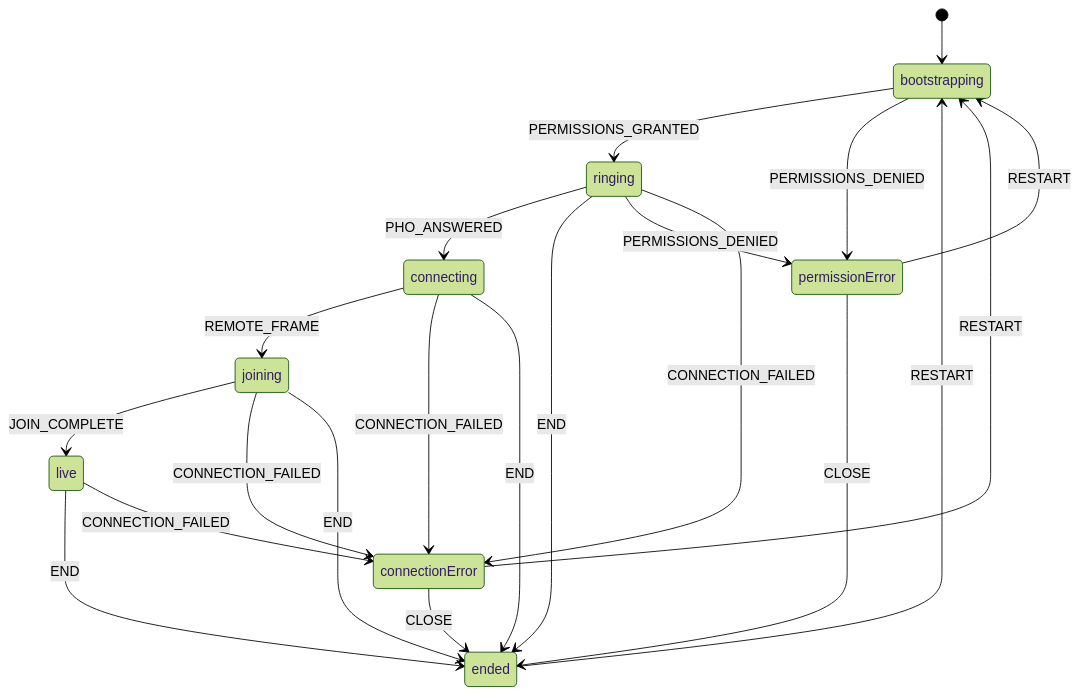
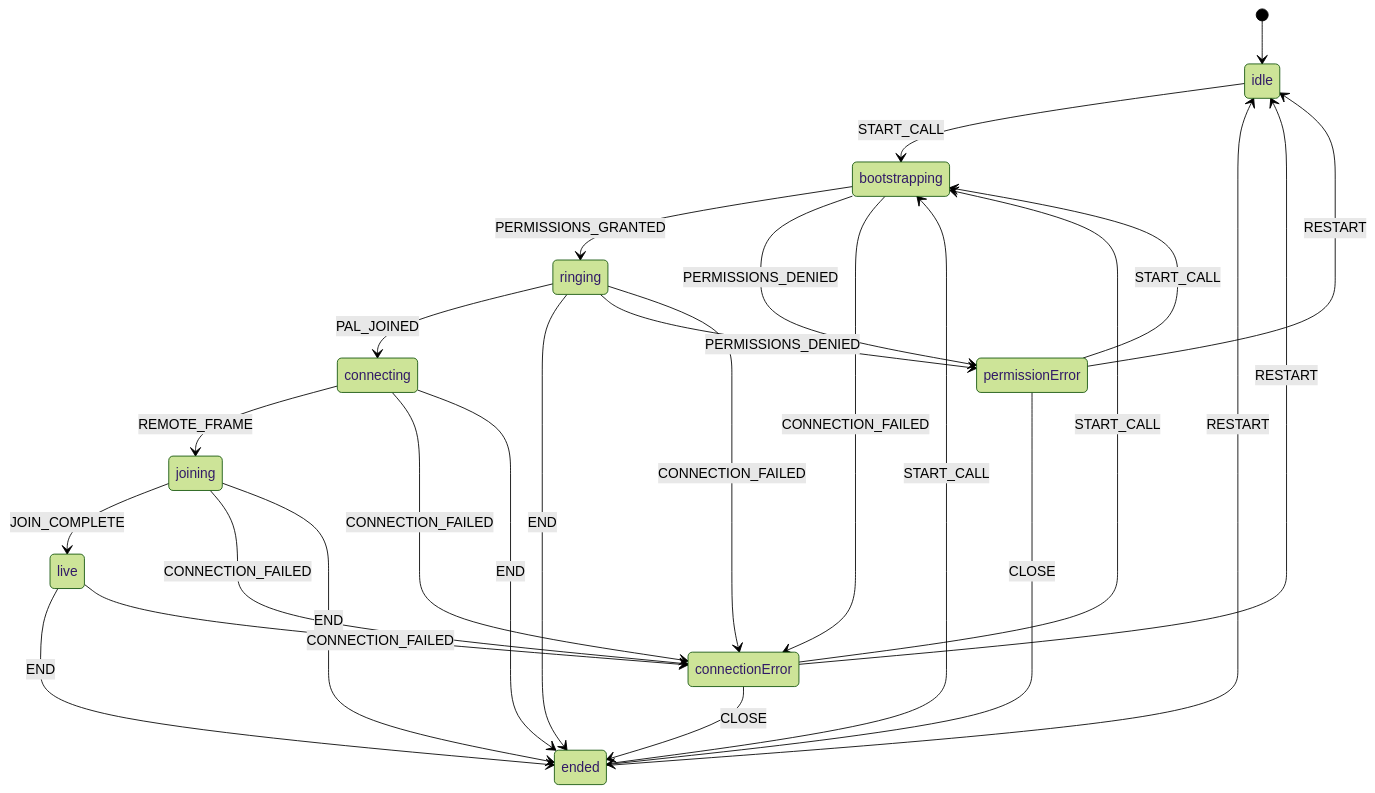
The second of 2 diagrams in ARCHITECTURE.md (tecxbro/tavusxphoton), drawn with Mermaid (forest theme) before and after one commit. The commit also changed other lines of this file and 41 other files, not shown here.

First line of the commit message:
Replace the Pho mock call flow with Tavus CVI over Daily.

````diff
--- a/ARCHITECTURE.md
+++ b/ARCHITECTURE.md
@@ -44,23 +44,28 @@
 ```mermaid
 stateDiagram-v2
-  [*] --> bootstrapping
+  [*] --> idle
+  idle --> bootstrapping: START_CALL
   bootstrapping --> ringing: PERMISSIONS_GRANTED
   bootstrapping --> permissionError: PERMISSIONS_DENIED
-  ringing --> connecting: PHO_ANSWERED
+  bootstrapping --> connectionError: CONNECTION_FAILED
+  ringing --> connecting: PAL_JOINED
   ringing --> ended: END
   ringing --> permissionError: PERMISSIONS_DENIED
   ringing --> connectionError: CONNECTION_FAILED
   connecting --> joining: REMOTE_FRAME
   connecting --> connectionError: CONNECTION_FAILED
   connecting --> ended: END
   joining --> live: JOIN_COMPLETE
   joining --> connectionError: CONNECTION_FAILED
   joining --> ended: END
   live --> ended: END
   live --> connectionError: CONNECTION_FAILED
-  ended --> bootstrapping: RESTART
-  permissionError --> bootstrapping: RESTART
-  connectionError --> bootstrapping: RESTART
+  ended --> idle: RESTART
+  permissionError --> idle: RESTART
+  connectionError --> idle: RESTART
+  ended --> bootstrapping: START_CALL
+  permissionError --> bootstrapping: START_CALL
+  connectionError --> bootstrapping: START_CALL
   permissionError --> ended: CLOSE
   connectionError --> ended: CLOSE
 ```
````
